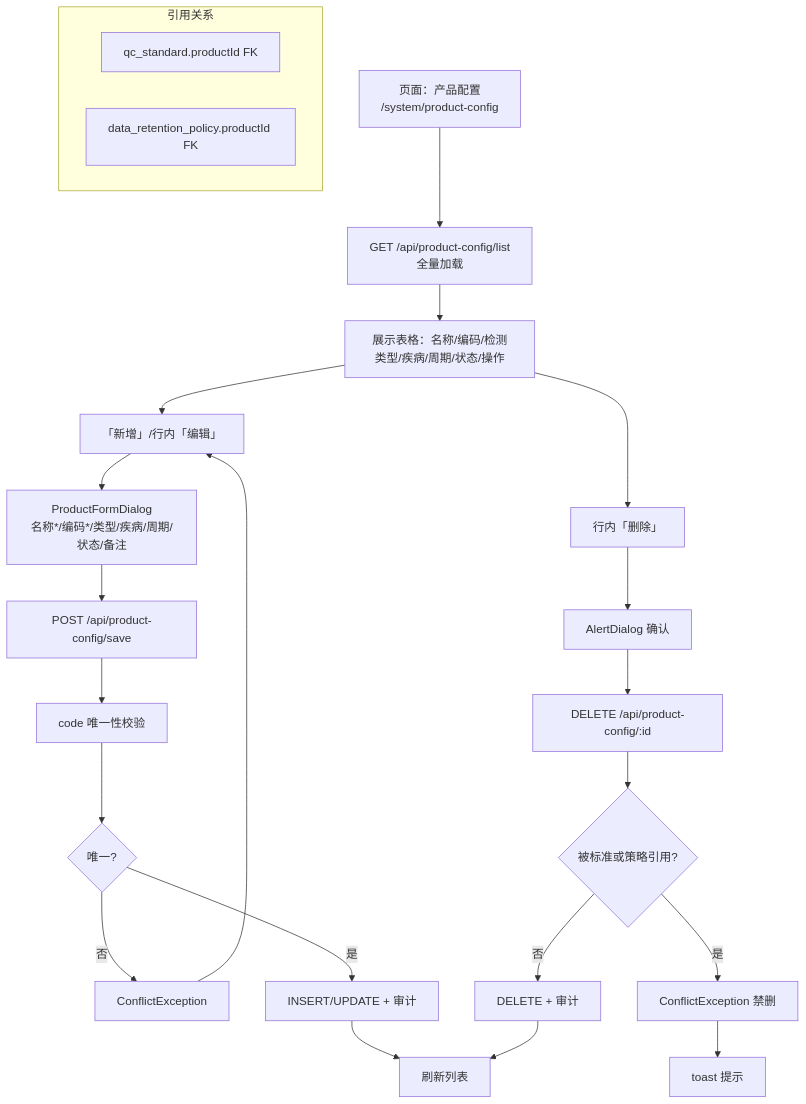
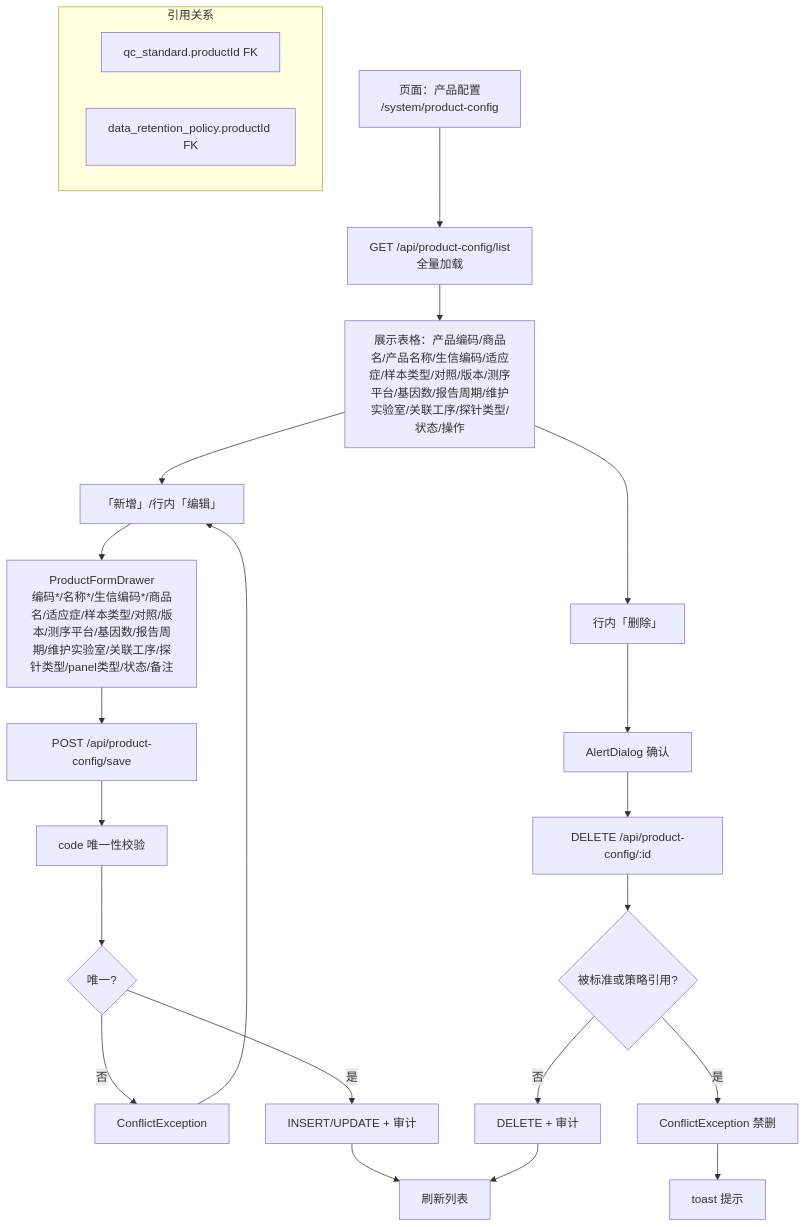
The diagram in docs/context/设计文档/product-config.md (KonoSubazZ/biotech-plus), drawn with Mermaid before and after one commit. The commit also changed other lines of this file, not shown here.

````diff
--- a/docs/context/设计文档/product-config.md
+++ b/docs/context/设计文档/product-config.md
@@ -52,29 +63,29 @@
 ```mermaid
 flowchart TD
     A[页面：产品配置\n/system/product-config] --> B[GET /api/product-config/list\n全量加载]
-    B --> C[展示表格：名称/编码/检测类型/疾病/周期/状态/操作]
+    B --> C[展示表格：产品编码/商品名/产品名称/生信编码/适应症/样本类型/对照/版本/测序平台/基因数/报告周期/维护实验室/关联工序/探针类型/状态/操作]
     
     C --> D[「新增」/行内「编辑」]
-    D --> E[ProductFormDialog\n名称*/编码*/类型/疾病/周期/状态/备注]
+    D --> E[ProductFormDrawer\n编码*/名称*/生信编码*/商品名/适应症/样本类型/对照/版本/测序平台/基因数/报告周期/维护实验室/关联工序/探针类型/panel类型/状态/备注]
     E --> F[POST /api/product-config/save]
     F --> G[code 唯一性校验]
     G --> H{唯一?}
     H -->|否| I[ConflictException]
     H -->|是| J[INSERT/UPDATE + 审计]
     J --> K[刷新列表]
     I --> D
     
     C --> L[行内「删除」]
     L --> M[AlertDialog 确认]
     M --> N[DELETE /api/product-config/:id]
     N --> O{被标准或策略引用?}
     O -->|是| P[ConflictException 禁删]
     O -->|否| Q[DELETE + 审计]
     P --> R[toast 提示]
     Q --> K
 
     subgraph 引用关系
         S[qc_standard.productId FK]
         T[data_retention_policy.productId FK]
     end
 ```
````
